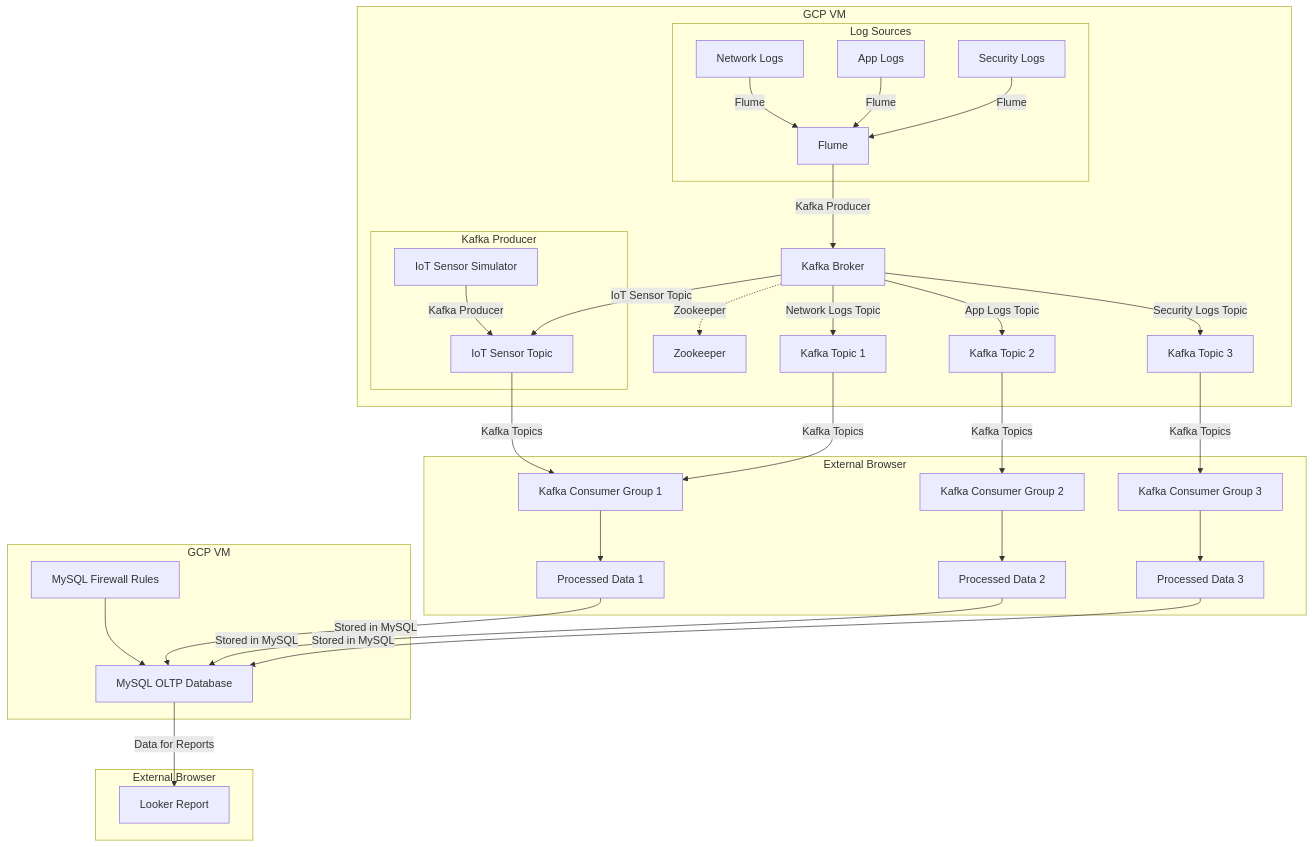
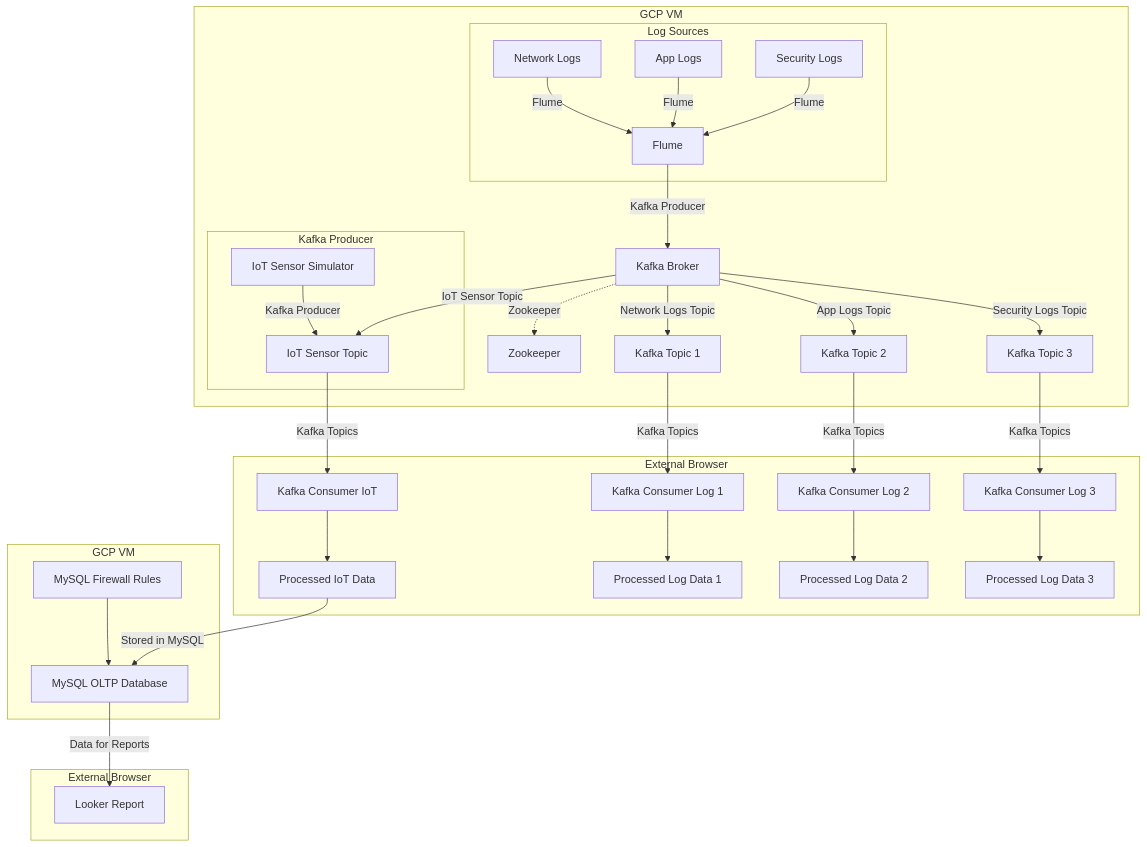
Before and after one commit to TejasJay/DE_EndToEnd_ETL_Sensor_Logs: the diagram in README.md, drawn with Mermaid.

````diff
--- a/README.md
+++ b/README.md
@@ -7,43 +6,44 @@
 ```mermaid
 graph TD
     subgraph GCP_VM1 [GCP VM]
         subgraph Log Sources
             A1[Network Logs] -->|Flume| F1
             A2[App Logs] -->|Flume| F1
             A3[Security Logs] -->|Flume| F1
         end
         subgraph Kafka Producer
             IOT[IoT Sensor Simulator] -->|Kafka Producer| F2[IoT Sensor Topic]
         end
         F1[Flume] -->|Kafka Producer| B1[Kafka Broker]
         B1 -.->|Zookeeper| ZK[Zookeeper]
         B1 -->|Network Logs Topic| T1[Kafka Topic 1]
         B1 -->|App Logs Topic| T2[Kafka Topic 2]
         B1 -->|Security Logs Topic| T3[Kafka Topic 3]
         B1 -->|IoT Sensor Topic| F2
     end
 
     subgraph External_Browser1 [External Browser]
-        K1[Kafka Consumer Group 1] --> P1[Processed Data 1]
-        K2[Kafka Consumer Group 2] --> P2[Processed Data 2]
-        K3[Kafka Consumer Group 3] --> P3[Processed Data 3]
-    end
-
-    subgraph GCP_VM2 [GCP VM]
-        OLTP[MySQL OLTP Database]
-        FW[MySQL Firewall Rules] --> OLTP
-        P1 -->|Stored in MySQL| OLTP
-        P2 -->|Stored in MySQL| OLTP
-        P3 -->|Stored in MySQL| OLTP
+        K1[Kafka Consumer Log 1] --> P1[Processed Log Data 1]
+        K2[Kafka Consumer Log 2] --> P2[Processed Log Data 2]
+        K3[Kafka Consumer Log 3] --> P3[Processed Log Data 3]
+        K4[Kafka Consumer IoT] --> P4[Processed IoT Data]
     end
 
     subgraph External_Browser2 [External Browser]
         R[Looker Report]
     end
 
+    subgraph GCP_VM2 [GCP VM]
+        OLTP[MySQL OLTP Database]
+        FW[MySQL Firewall Rules] --> OLTP
+        P4 -->|Stored in MySQL| OLTP
+    end
+
     T1 -->|Kafka Topics| K1
     T2 -->|Kafka Topics| K2
     T3 -->|Kafka Topics| K3
-    F2 -->|Kafka Topics| K1
+    F2 -->|Kafka Topics| K4
     OLTP -->|Data for Reports| R
+
+
 ```
````
